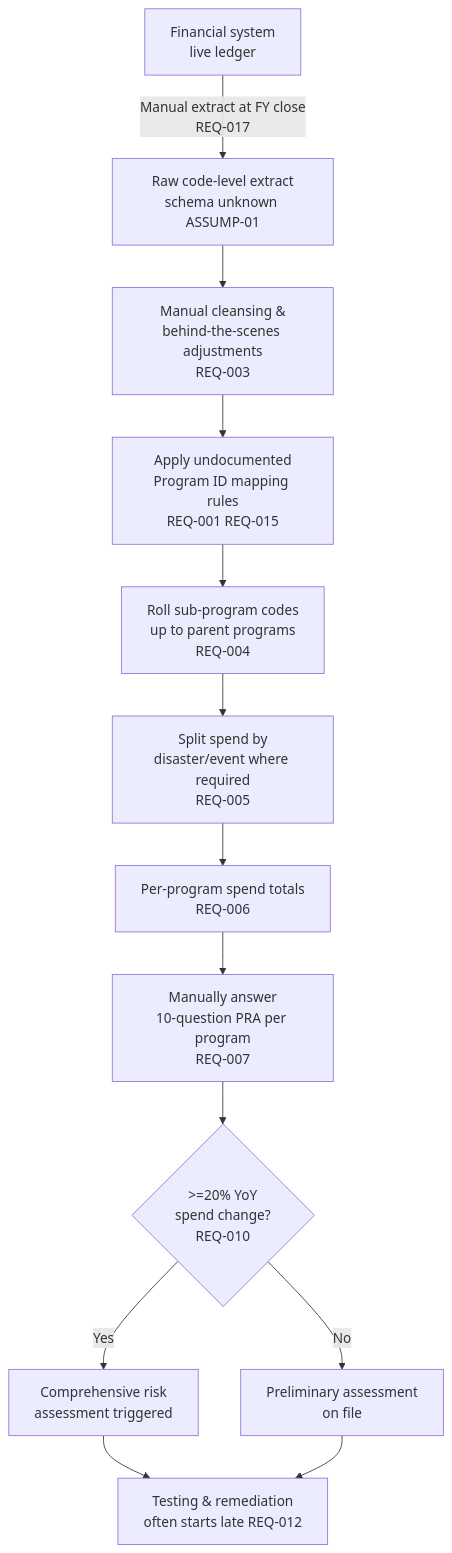
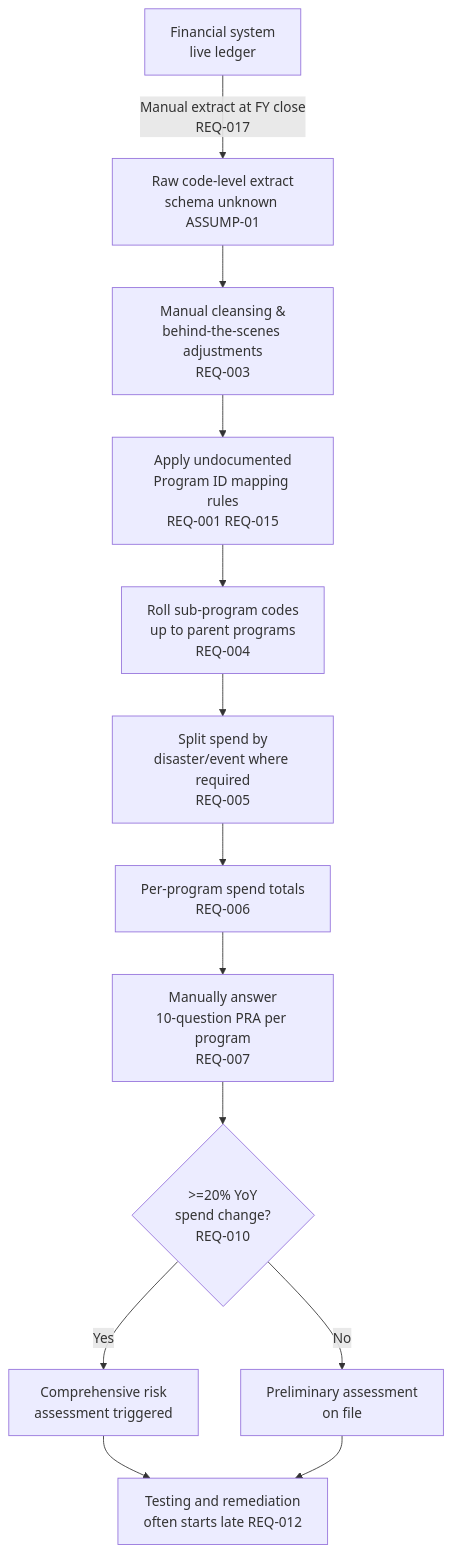
One commit to seanyofthedead/fema-id changed the first of 4 diagrams in solution-design/fema-program-id-risk-assessment/05-business-architecture.md. Above: the diagram before and after it, drawn with Mermaid. The commit also changed other lines of this file and 6 other files, not shown here.

````diff
--- a/solution-design/fema-program-id-risk-assessment/05-business-architecture.md
+++ b/solution-design/fema-program-id-risk-assessment/05-business-architecture.md
@@ -29,15 +29,15 @@
 ```mermaid
 flowchart TD
     A[Financial system<br/>live ledger] -->|Manual extract at FY close<br/>REQ-017| B[Raw code-level extract<br/>schema unknown ASSUMP-01]
     B --> C[Manual cleansing &<br/>behind-the-scenes adjustments<br/>REQ-003]
     C --> D[Apply undocumented<br/>Program ID mapping rules<br/>REQ-001 REQ-015]
     D --> E[Roll sub-program codes<br/>up to parent programs<br/>REQ-004]
     E --> F[Split spend by<br/>disaster/event where required<br/>REQ-005]
     F --> G[Per-program spend totals<br/>REQ-006]
     G --> H[Manually answer<br/>10-question PRA per program<br/>REQ-007]
     H --> I{>=20% YoY<br/>spend change?<br/>REQ-010}
     I -->|Yes| J[Comprehensive risk<br/>assessment triggered]
     I -->|No| K[Preliminary assessment<br/>on file]
-    J --> L[Testing & remediation<br/>often starts late REQ-012]
+    J --> L[Testing and remediation<br/>often starts late REQ-012]
     K --> L
 ```
````
